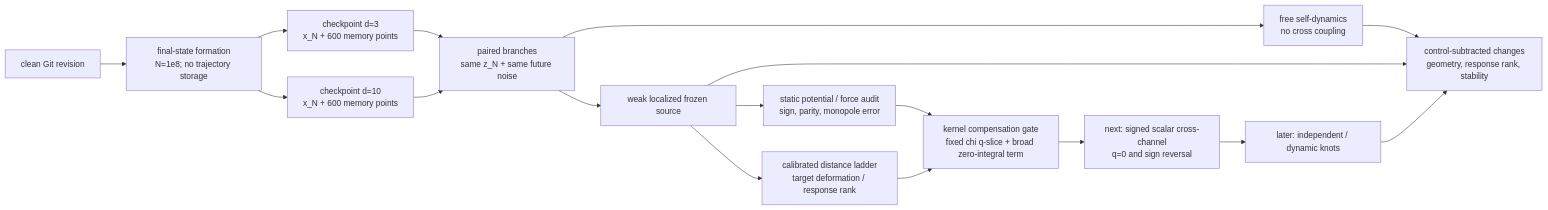
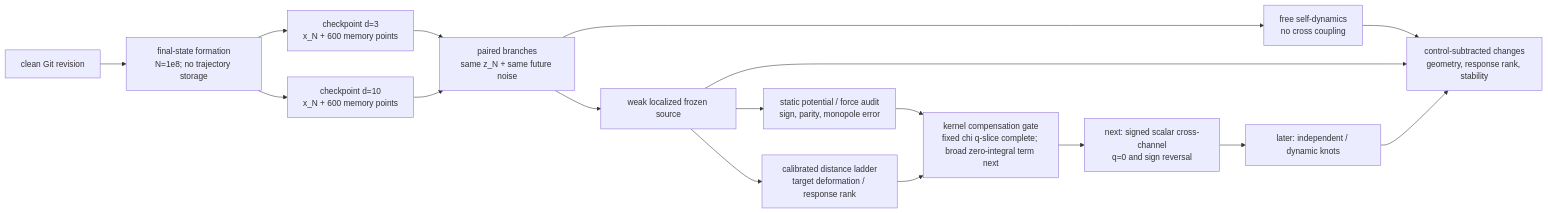
Before and after one commit to MemoryDynamics/Knoten: the fifth of 5 diagrams in docs/reference/repository_map.md, drawn with Mermaid. The commit also changed 7 other files, not shown here.

````diff
--- a/docs/reference/repository_map.md
+++ b/docs/reference/repository_map.md
@@ -138,19 +138,19 @@
 ```mermaid
 flowchart LR
     clean["clean Git revision"] --> formation["final-state formation<br/>N=1e8; no trajectory storage"]
     formation --> z3["checkpoint d=3<br/>x_N + 600 memory points"]
     formation --> z10["checkpoint d=10<br/>x_N + 600 memory points"]
     z3 --> paired["paired branches<br/>same z_N + same future noise"]
     z10 --> paired
     paired --> free["free self-dynamics<br/>no cross coupling"]
     paired --> probe["weak localized frozen source"]
     probe --> fieldaudit["static potential / force audit<br/>sign, parity, monopole error"]
     probe --> ladder["calibrated distance ladder<br/>target deformation / response rank"]
-    fieldaudit --> compgate["kernel compensation gate<br/>fixed chi q-slice + broad zero-integral term"]
+    fieldaudit --> compgate["kernel compensation gate<br/>fixed chi q-slice complete; broad zero-integral term next"]
     ladder --> compgate
     compgate --> channel["next: signed scalar cross-channel<br/>q=0 and sign reversal"]
     channel --> multi["later: independent / dynamic knots"]
     free --> delta["control-subtracted changes<br/>geometry, response rank, stability"]
     probe --> delta
     multi --> delta
 ```
````
